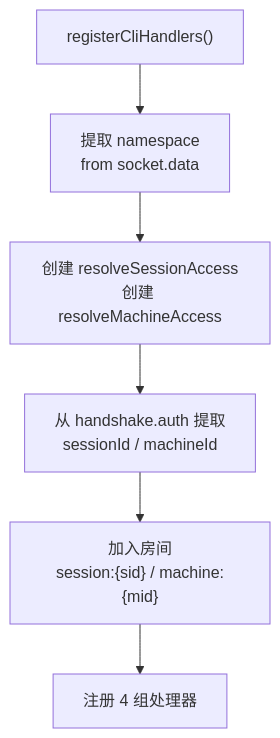
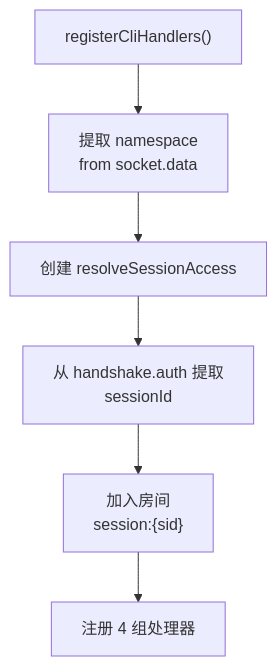
One commit to ModuBit/mobi changed the second of 9 diagrams in docs/architecture/daemon/socket/handlers.md. Above: the diagram before and after it, drawn with Mermaid. The commit also changed other lines of this file and 86 other files, not shown here.

````diff
--- a/docs/architecture/daemon/socket/handlers.md
+++ b/docs/architecture/daemon/socket/handlers.md
@@ -63,8 +63,8 @@
 ```mermaid
 flowchart TB
     Start["registerCliHandlers()"] --> NS["提取 namespace<br/>from socket.data"]
-    NS --> Access["创建 resolveSessionAccess<br/>创建 resolveMachineAccess"]
-    Access --> Room["从 handshake.auth 提取<br/>sessionId / machineId"]
-    Room --> Join["加入房间<br/>session:{sid} / machine:{mid}"]
+    NS --> Access["创建 resolveSessionAccess"]
+    Access --> Room["从 handshake.auth 提取<br/>sessionId"]
+    Room --> Join["加入房间<br/>session:{sid}"]
     Join --> Handlers["注册 4 组处理器"]
 ```
````
